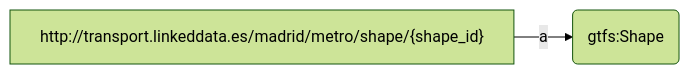
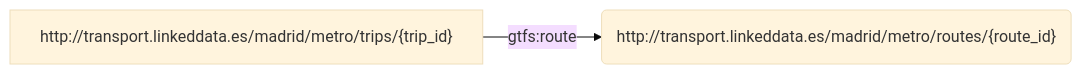
One commit to oeg-upm/rmldoc changed the sixth of 25 diagrams in example/example.md. Above: the diagram before and after it, drawn with Mermaid. The commit also changed other lines of this file and 2 other files, not shown here.

````diff
--- a/example/example.md
+++ b/example/example.md
@@ -176,6 +155,7 @@
 ```mermaid
-%%{ init : { "theme" : "forest", "flowchart" : { "curve" : "linear" }}}%%
+%%{ init : { "theme" : "base", "flowchart" : { "curve" : "linear" }}}%%
+
 flowchart LR
-S["http://transport.linkeddata.es/madrid/metro/shape/{shape_id}"] -->|"a"| object1("gtfs:Shape")
-    
+S3["http://transport.linkeddata.es/madrid/metro/trips/{trip_id}"] -->|"gtfs:route"| object3("http://transport.linkeddata.es/madrid/metro/routes/{route_id}")
+
 ``` 
````
